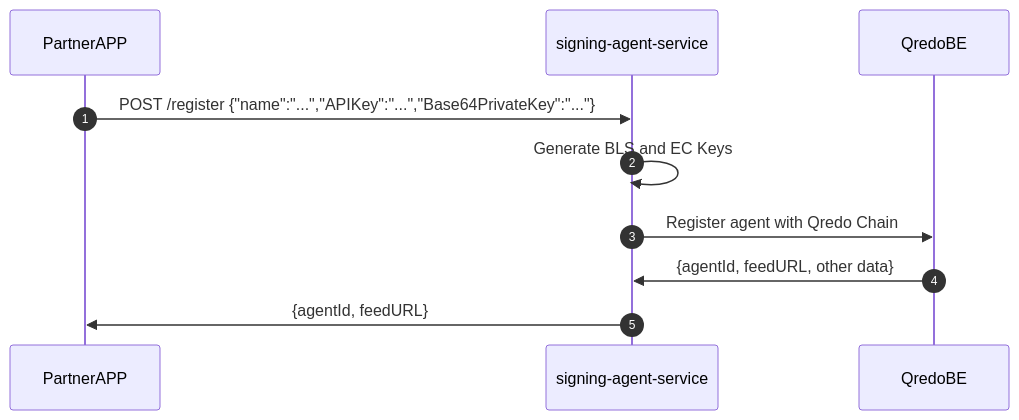
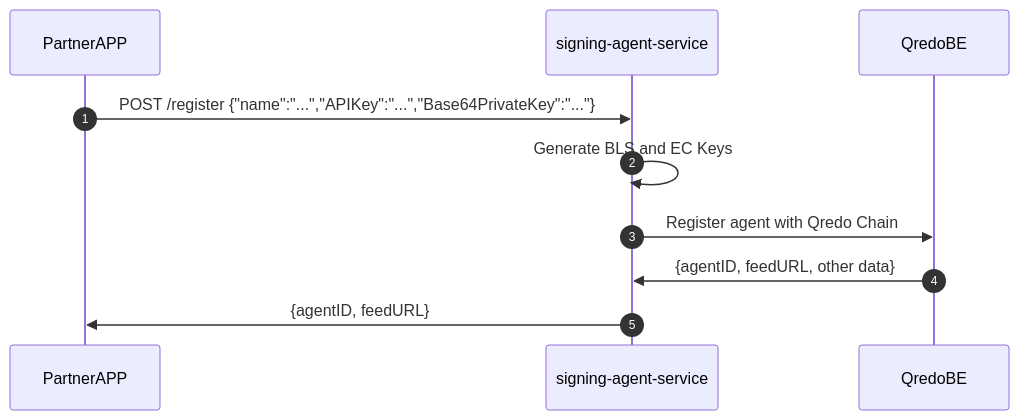
Before and after one commit to qredo/signing-agent: the first of 3 diagrams in docs/usage.md, drawn with Mermaid. The commit also changed other lines of this file and 21 other files, not shown here.

````diff
--- a/docs/usage.md
+++ b/docs/usage.md
@@ -87,9 +87,9 @@
 ```mermaid
 sequenceDiagram
 autonumber
   PartnerAPP->>signing-agent-service:POST /register {"name":"...","APIKey":"...","Base64PrivateKey":"..."}
   signing-agent-service->>signing-agent-service: Generate BLS and EC Keys
   signing-agent-service->>QredoBE: Register agent with Qredo Chain
-  QredoBE->>signing-agent-service: {agentId, feedURL, other data} 
-  signing-agent-service->>PartnerAPP: {agentId, feedURL}
+  QredoBE->>signing-agent-service: {agentID, feedURL, other data} 
+  signing-agent-service->>PartnerAPP: {agentID, feedURL}
 ```
````
